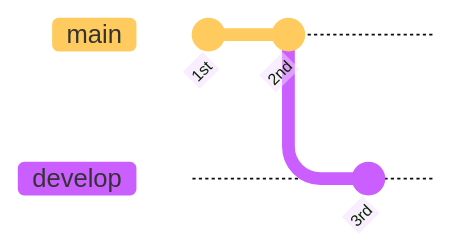
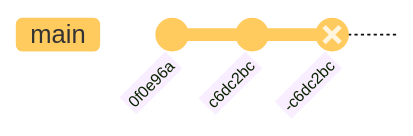
One commit to umr-marbec/git-training changed the seventh of 16 diagrams in slides-git-quarto/slides-training.qmd. Above: the diagram before and after it, drawn with Mermaid. The commit also changed other lines of this file and 2 other files, not shown here.

````diff
--- a/slides-git-quarto/slides-training.qmd
+++ b/slides-git-quarto/slides-training.qmd
@@ -246,10 +234,9 @@
 ```{mermaid}
 %%| fig-width: 10
-%%| fig-height: 2
+%%| fig-height: 1
 %%{init: { 'logLevel': 'debug', 'theme': 'base', 'gitGraph': {'rotateCommitLabel': true}}}%%
 gitGraph
-    commit id: "1st"
-    commit id: "2nd"
-    branch develop
-    commit id: "3rd"
+    commit id: "0f0e96a"
+    commit id: "c6dc2bc"
+    commit id: "-c6dc2bc" type: REVERSE
 ```
````
